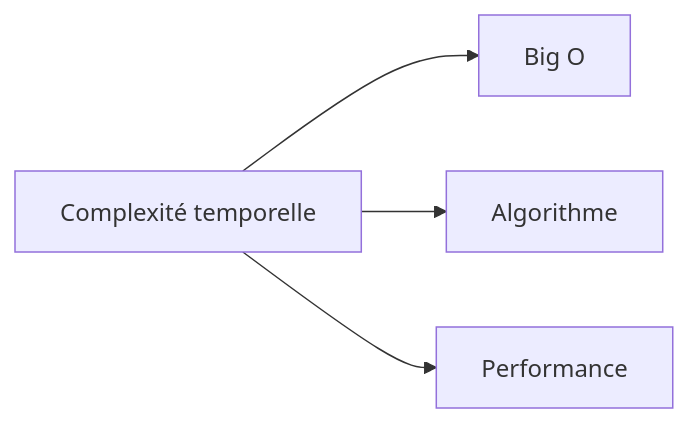
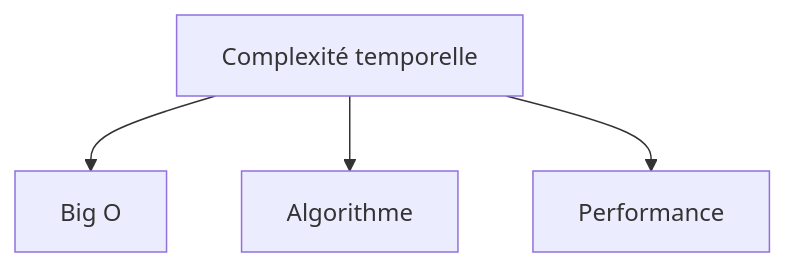
The tenth of 38 diagrams in docs/glossaire/bases-fondamentales.md (zyrass/omnydocs), drawn with Mermaid before and after one commit. The commit also changed other lines of this file and 1780 other files, not shown here.

````diff
--- a/docs/glossaire/bases-fondamentales.md
+++ b/docs/glossaire/bases-fondamentales.md
@@ -195,6 +237,6 @@
-    ```mermaid
-    graph LR
-        A[Complexité temporelle] --> B[Big O]
-        A --> C[Algorithme]
-        A --> D[Performance]
-    ```
+```mermaid
+graph TB
+    A[Complexité temporelle] --> B[Big O]
+    A --> C[Algorithme]
+    A --> D[Performance]
+```
````
